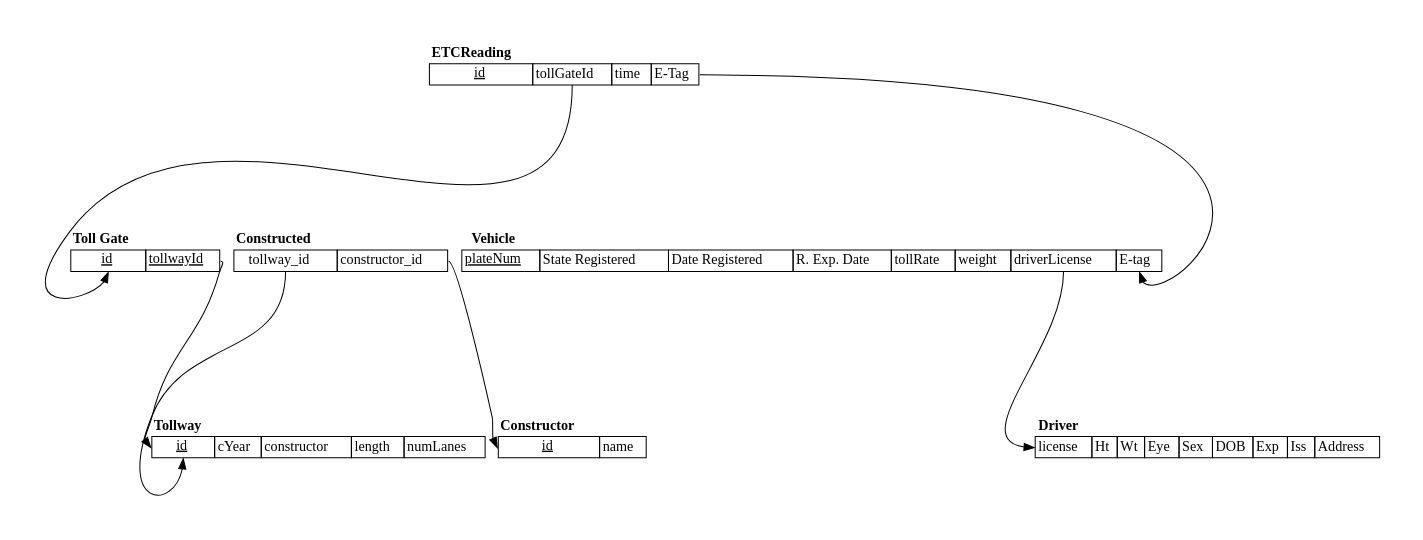
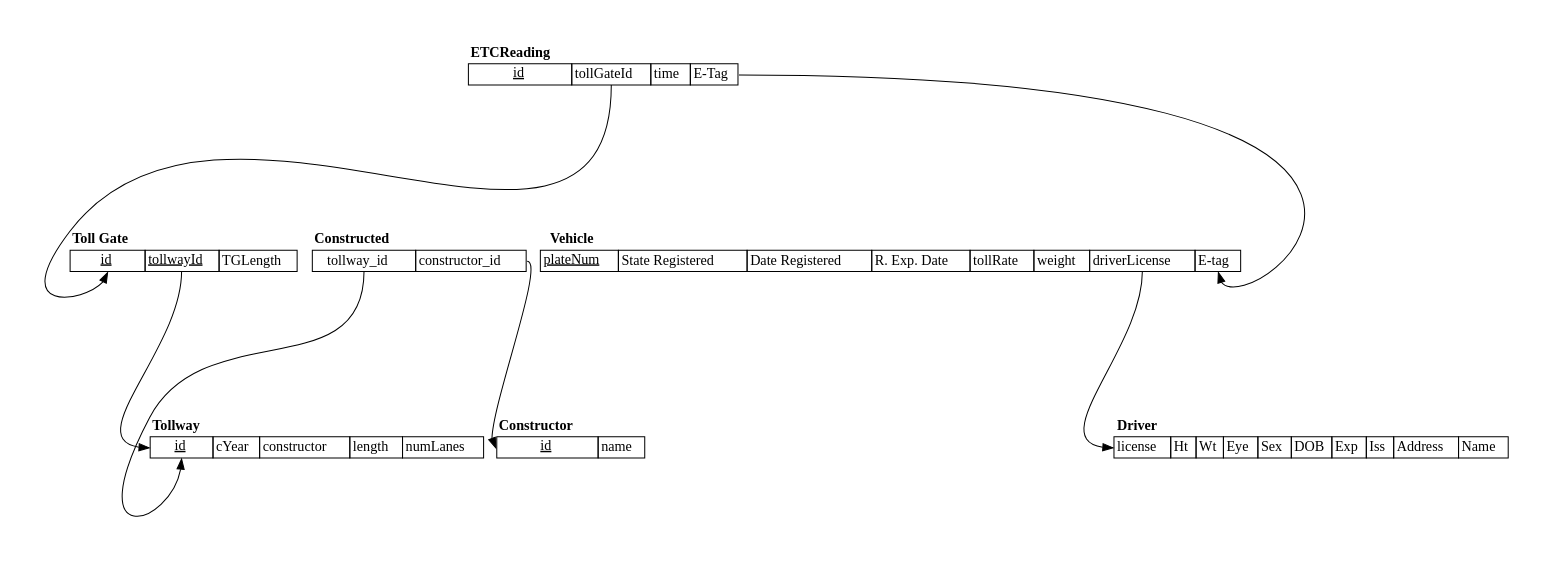
The diagram in Documents/schema.dot (Briaoeuidhtns/PA1), drawn with Graphviz before and after one commit. The commit also changed 3 other files, not shown here.

Commit message:
added report updated schema and ER and current Queries

```diff
--- a/Documents/schema.dot
+++ b/Documents/schema.dot
@@ -1,94 +1,96 @@
 digraph {
     graph [pad="0.5", nodesep=".2", ranksep="2"];
     node [shape=plain]
     rankdir=TB;
 
 tollway [rank=1 label=<
 <table border="0" cellborder="1" cellspacing="0">
   <tr><td BORDER="0"><b>Tollway</b></td></tr>
   <tr>
     <td port="id"><u>id</u></td>
     <td>cYear</td>
     <td>constructor</td>
     <td>length</td>
     <td>numLanes</td>
   </tr>
 </table>>];
 toll_gate:tw_id -> tollway:id
 
 toll_gate [rank=2 label=<
 <table border="0" cellborder="1" cellspacing="0">
   <tr><td BORDER="0"><b>Toll Gate</b></td></tr>
   <tr>
     <td port="id"><u>id</u></td>
     <td port="tw_id"><u>tollwayId</u></td>
+    <td>TGLength</td>
   </tr>
 </table>>];
 
 etc_reading [rank=3 label=<
 <table border="0" cellborder="1" cellspacing="0">
   <tr><td BORDER="0"><b>ETCReading</b></td></tr>
   <tr>
     <td port="id"><u>id</u></td>
     <td port="tg_id">tollGateId</td>
     <td>time</td>
     <td port="tag">E-Tag</td>
   </tr>
 </table>>];
 etc_reading:tag -> vehicle:tag
 etc_reading:tg_id -> toll_gate:id
 
 constructor [rank=4 label=<
 <table border="0" cellborder="1" cellspacing="0">
   <tr><td BORDER="0"><b>Constructor</b></td></tr>
   <tr>
     <td port="id"><u>id</u></td>
     <td>name</td>
   </tr>
 </table>>];
 
 constructed [rank=5 label=<
 <table border="0" cellborder="1" cellspacing="0">
   <tr><td BORDER="0"><b>Constructed</b></td></tr>
   <tr>
     <td port="tw">tollway_id</td>
     <td port="cons">constructor_id</td>
   </tr>
 </table>>];
 constructed:cons -> constructor:id
 constructed:tw -> tollway:id
 
 vehicle [rank=6 label=<
 <table border="0" cellborder="1" cellspacing="0">
   <tr><td BORDER="0"><b>Vehicle</b></td></tr>
   <tr>
     <td><u>plateNum</u></td>
     <td>State Registered</td>
     <td>Date Registered</td>
     <td>R. Exp. Date</td>
     <td>tollRate</td>
     <td>weight</td>
     <td port="dr_id">driverLicense</td>
     <td port="tag">E-tag</td>
   </tr>
 </table>>];
 vehicle:dr_id -> driver:id
 
 
 driver [rank=7 label=<
 <table border="0" cellborder="1" cellspacing="0">
   <tr><td BORDER="0"><b>Driver</b></td></tr>
   <tr>
     <td port="id">license</td>
     <td>Ht</td>
     <td>Wt</td>
     <td>Eye</td>
     <td>Sex</td>
     <td>DOB</td>
     <td>Exp</td>
     <td>Iss</td>
     <td>Address</td>
+	<td>Name</td>
   </tr>
 </table>>];
 
 }
```
